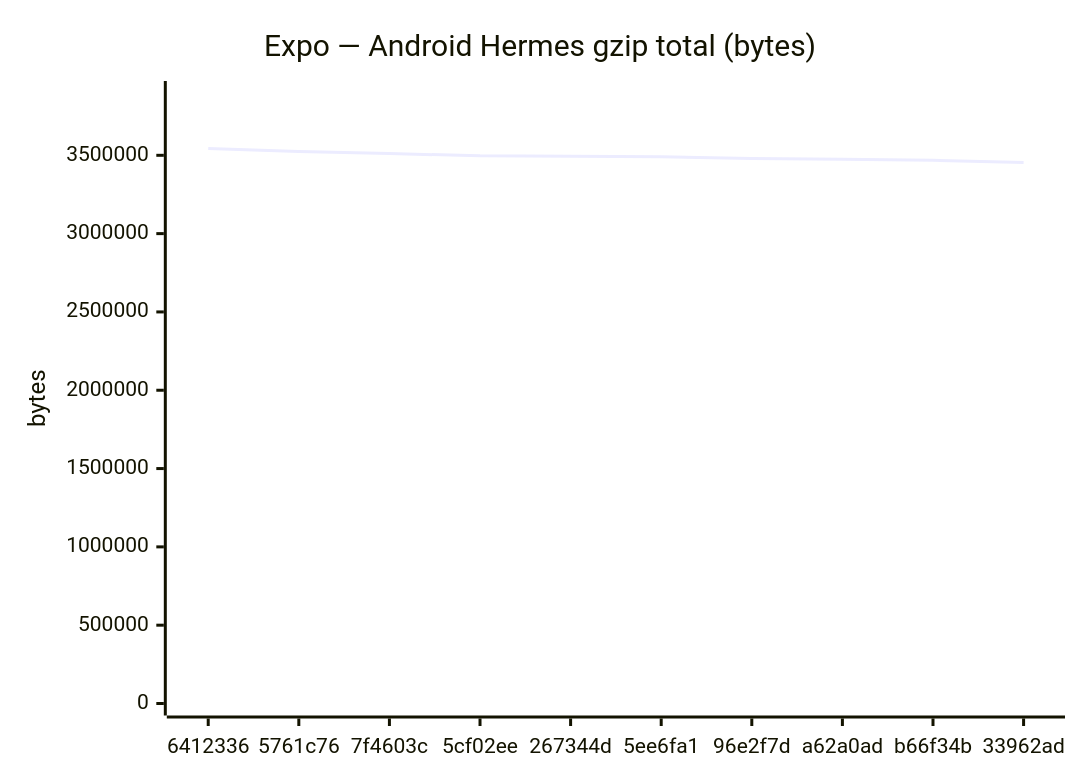
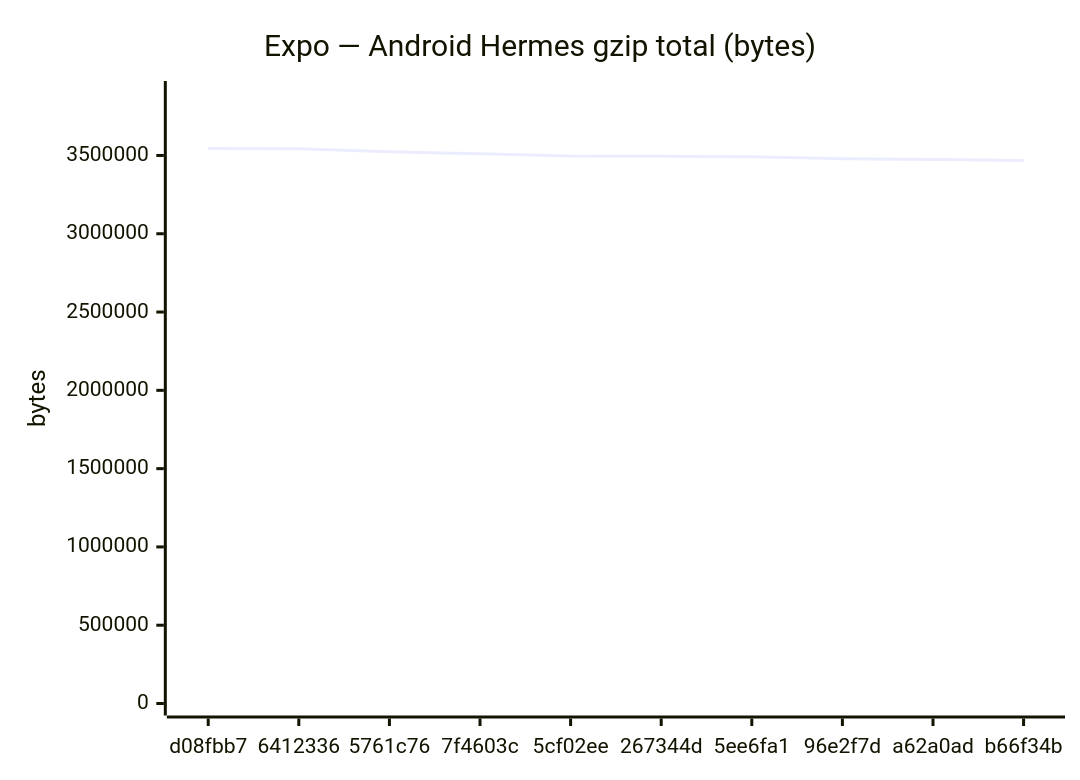
Before and after one commit to Metaheurist/Rianell: the fifth of 18 diagrams in benchmarks/compare.md, drawn with Mermaid. The commit also changed other lines of this file and 11 other files, not shown here.

````diff
--- a/benchmarks/compare.md
+++ b/benchmarks/compare.md
@@ -89,7 +89,7 @@
 ```mermaid
 xychart-beta
     title "Expo — Android Hermes gzip total (bytes)"
-    x-axis ["6412336", "5761c76", "7f4603c", "5cf02ee", "267344d", "5ee6fa1", "96e2f7d", "a62a0ad", "b66f34b", "33962ad"]
-    y-axis "bytes" 0 --> 3897820
-    line [3543472, 3523541, 3511474, 3496393, 3494445, 3491111, 3478911, 3474606, 3468338, 3454266]
+    x-axis ["d08fbb7", "6412336", "5761c76", "7f4603c", "5cf02ee", "267344d", "5ee6fa1", "96e2f7d", "a62a0ad", "b66f34b"]
+    y-axis "bytes" 0 --> 3898910
+    line [3544463, 3543472, 3523541, 3511474, 3496393, 3494445, 3491111, 3478911, 3474606, 3468338]
 ```
````
